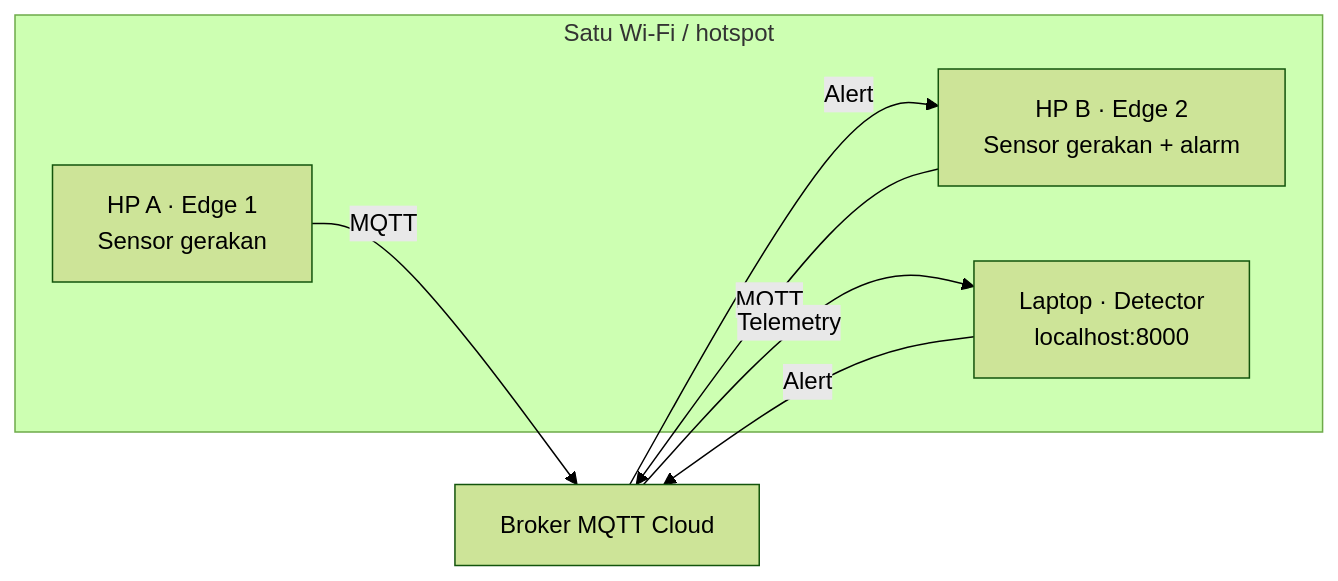
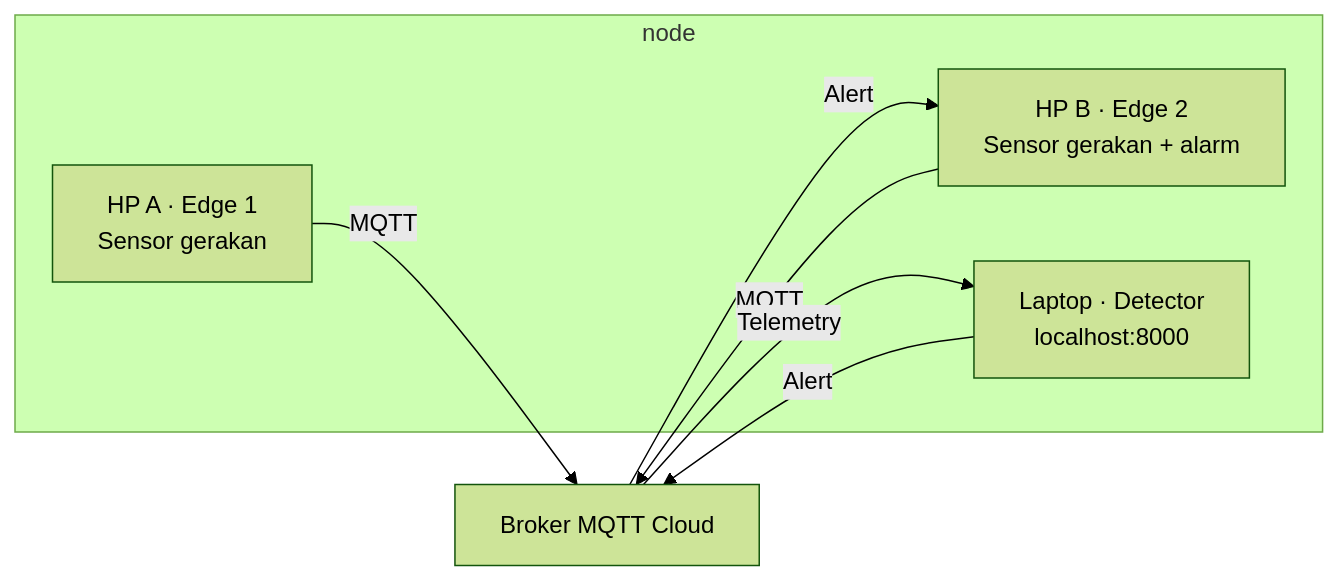
One commit to JustinCLT/baby-monitor-iot changed the diagram in README.md. Above: the diagram before and after it, drawn with Mermaid (forest theme).

Commit message:
Update Wi-Fi subgraph label in README

````diff
--- a/README.md
+++ b/README.md
@@ -23,13 +23,13 @@
 ```mermaid
 flowchart LR
-  subgraph WIFI["Satu Wi-Fi / hotspot"]
+  subgraph WIFI["node"]
     A["HP A · Edge 1<br/>Sensor gerakan"]
     B["HP B · Edge 2<br/>Sensor gerakan + alarm"]
     L["Laptop · Detector<br/>localhost:8000"]
   end
   A -->|MQTT| M["Broker MQTT Cloud"]
   B -->|MQTT| M
   M -->|Telemetry| L
   L -->|Alert| M
   M -->|Alert| B
 ```
````
